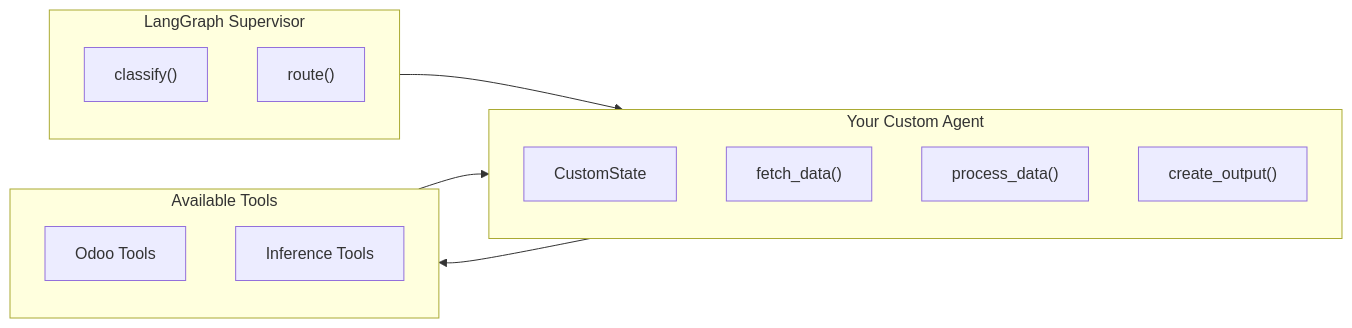
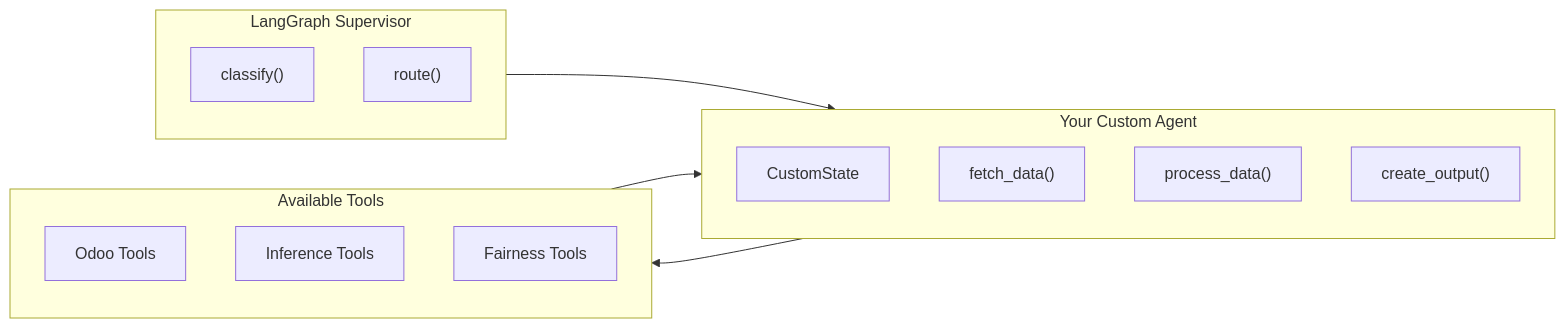
One commit to nettrades/nettrades-platform changed the diagram in docs/developer/building-agents.md. Above: the diagram before and after it, drawn with Mermaid. The commit also changed other lines of this file and 350 other files, not shown here.

````diff
--- a/docs/developer/building-agents.md
+++ b/docs/developer/building-agents.md
@@ -56,23 +69,24 @@
 ```mermaid
 graph LR
     subgraph Supervisor["LangGraph Supervisor"]
         Classify["classify()"]
         Route["route()"]
     end
 
     subgraph Agent["Your Custom Agent"]
         State["CustomState"]
         Node1["fetch_data()"]
         Node2["process_data()"]
         Node3["create_output()"]
     end
 
     subgraph Tools["Available Tools"]
         OdooTools["Odoo Tools"]
         Inference["Inference Tools"]
+        Fairness["Fairness Tools"]
     end
 
     Supervisor --> Agent
     Agent --> Tools
     Tools --> Agent
 ```
````
